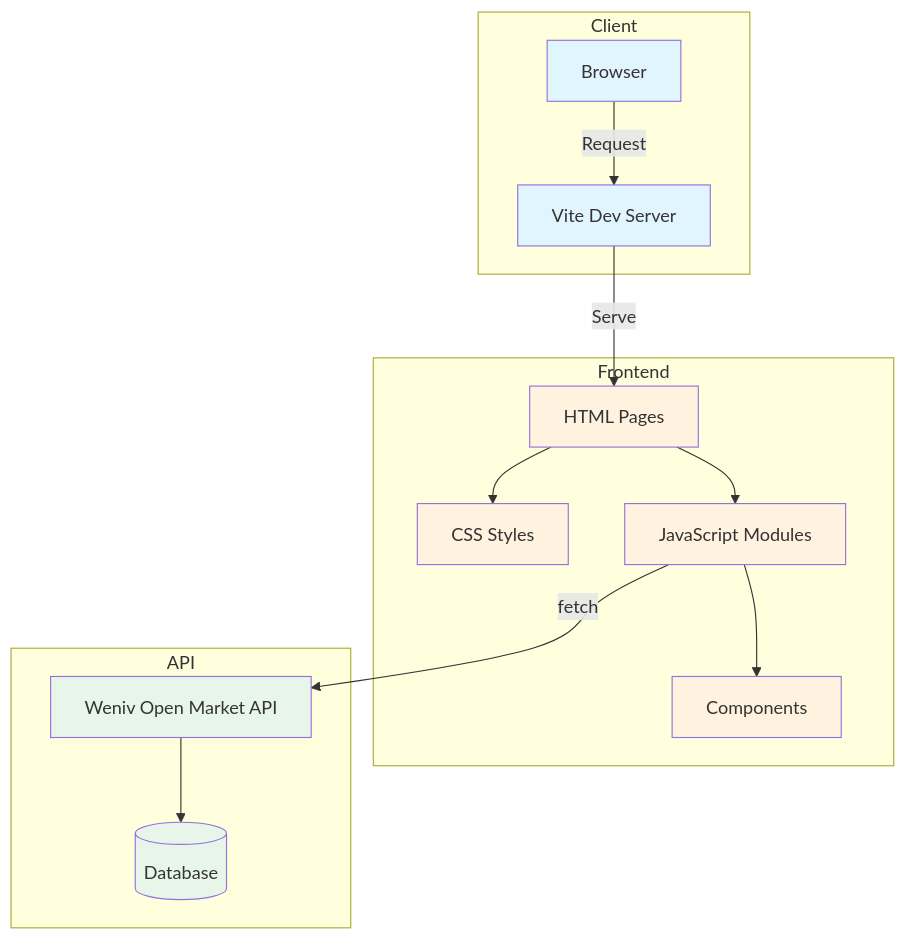
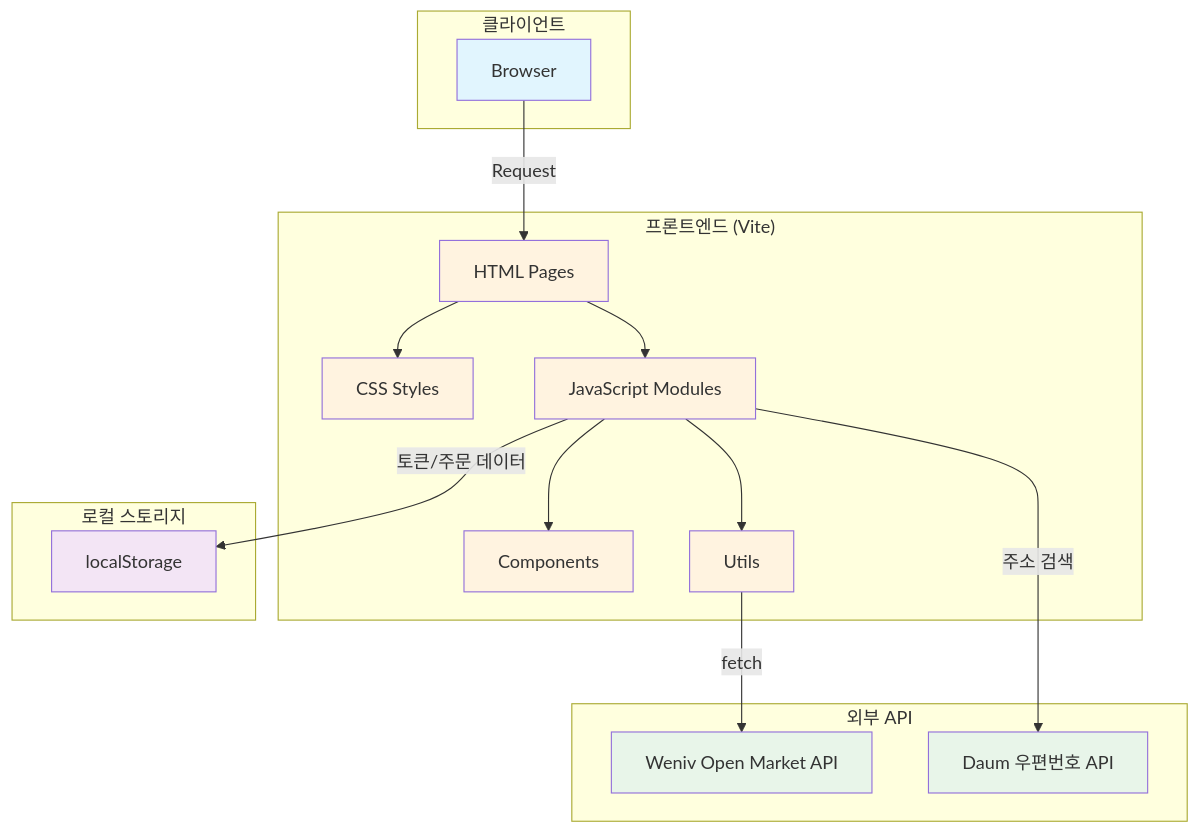
Before and after one commit to Open-Learn-Team/open-market: the seventh of 11 diagrams in README.md, drawn with Mermaid. The commit also changed other lines of this file and 19 other files, not shown here.

````diff
--- a/README.md
+++ b/README.md
@@ -476,35 +544,42 @@
 ```mermaid
 graph TD
-    subgraph Client
+    subgraph Client ["클라이언트"]
         B[Browser]
-        V[Vite Dev Server]
     end
-    
-    subgraph Frontend
+
+    subgraph Frontend ["프론트엔드 (Vite)"]
         H[HTML Pages]
         C[CSS Styles]
         J[JavaScript Modules]
         CP[Components]
+        UT[Utils]
     end
-    
-    subgraph API
-        A[Weniv Open Market API]
-        DB[(Database)]
+
+    subgraph Storage ["로컬 스토리지"]
+        LS[localStorage]
     end
-    
-    B -->|Request| V
-    V -->|Serve| H
+
+    subgraph API ["외부 API"]
+        WA[Weniv Open Market API]
+        DA[Daum 우편번호 API]
+    end
+
+    B -->|Request| H
     H --> C
     H --> J
     J --> CP
-    J -->|fetch| A
-    A --> DB
-    
+    J --> UT
+    UT -->|fetch| WA
+    J -->|토큰/주문 데이터| LS
+    J -->|주소 검색| DA
+
     classDef client fill:#e1f5fe
     classDef frontend fill:#fff3e0
+    classDef storage fill:#f3e5f5
     classDef api fill:#e8f5e9
-    
-    class B,V client
-    class H,C,J,CP frontend
-    class A,DB api
+
+    class B client
+    class H,C,J,CP,UT frontend
+    class LS storage
+    class WA,DA api
 ```
````
